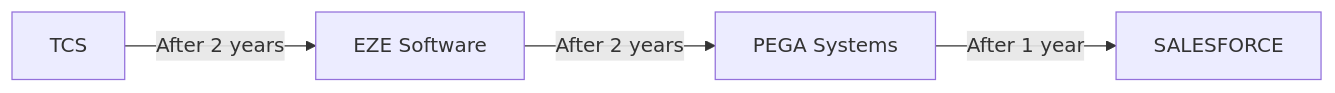
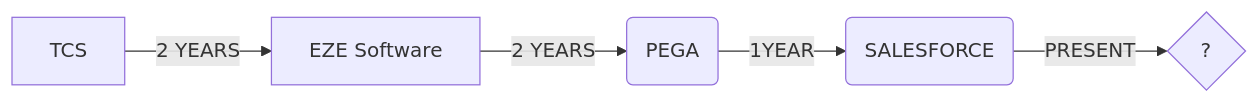
One commit to vydyas/vydyas changed the diagram in README.md. Above: the diagram before and after it, drawn with Mermaid. The commit also changed other lines of this file, not shown here.

````diff
--- a/README.md
+++ b/README.md
@@ -15,4 +15,6 @@
 ```mermaid
 graph LR
-A[TCS] -- After 2 years --> c[EZE Software] -- After 2 years --> d[PEGA Systems] -- After 1 year --> E[SALESFORCE]
+A[TCS] -- 2 YEARS --> B[EZE Software]
+B -- 2 YEARS--> C(PEGA)
+C -- 1YEAR --> D(SALESFORCE) -- PRESENT -->E{?} 
 ```
````
